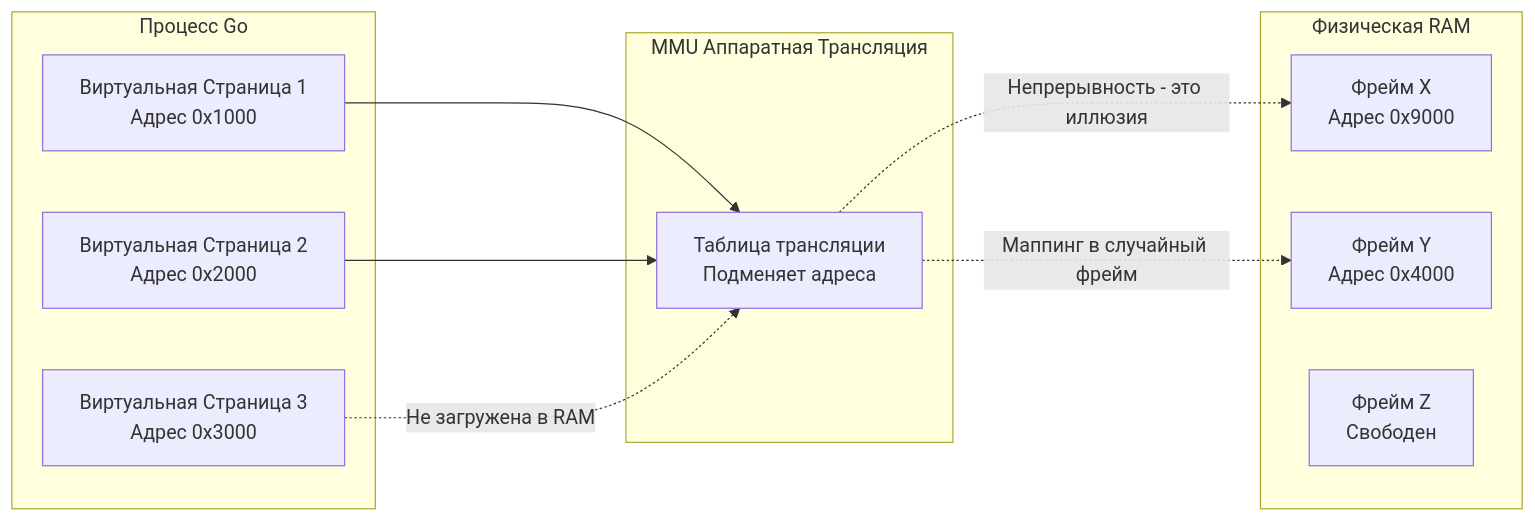
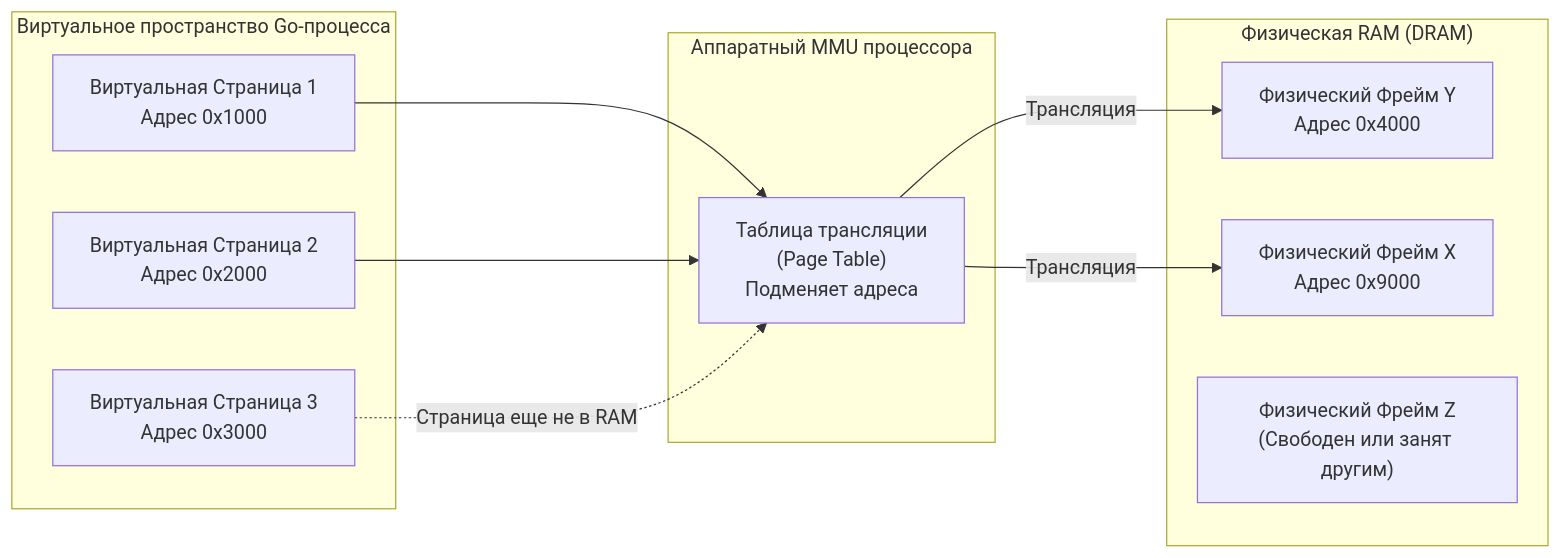
One commit to UnrealTemplier/go-textbook changed the diagram in sources/1. Архитектура компьютера/27. Виртуальная память. Взгляд со стороны железа.md. Above: the diagram before and after it, drawn with Mermaid. The commit also changed other lines of this file, not shown here.

Commit message:
feat(module-01): editorial rewrite of Article 27 (Virtual Memory Hardware Perspective) in Kernighan style

````diff
--- a/sources/1. Архитектура компьютера/27. Виртуальная память. Взгляд со стороны железа.md
+++ b/sources/1. Архитектура компьютера/27. Виртуальная память. Взгляд со стороны железа.md
@@ -40,22 +74,22 @@
 ```mermaid
 flowchart LR
-    subgraph GoProcess["Процесс Go"]
+    subgraph Process["Виртуальное пространство Go-процесса"]
         VP1["Виртуальная Страница 1<br>Адрес 0x1000"]
         VP2["Виртуальная Страница 2<br>Адрес 0x2000"]
         VP3["Виртуальная Страница 3<br>Адрес 0x3000"]
     end
 
-    subgraph Hardware["MMU Аппаратная Трансляция"]
-        Map["Таблица трансляции<br>Подменяет адреса"]
+    subgraph Hardware["Аппаратный MMU процессора"]
+        Map["Таблица трансляции<br>(Page Table)<br>Подменяет адреса"]
     end
 
-    subgraph PhysicalRAM["Физическая RAM"]
-        PF1["Фрейм X<br>Адрес 0x9000"]
-        PF2["Фрейм Y<br>Адрес 0x4000"]
-        PF3["Фрейм Z<br>Свободен"]
+    subgraph RAM["Физическая RAM (DRAM)"]
+        PF2["Физический Фрейм Y<br>Адрес 0x4000"]
+        PF1["Физический Фрейм X<br>Адрес 0x9000"]
+        PF3["Физический Фрейм Z<br>(Свободен или занят другим)"]
     end
 
-    VP1 --> Map -.->|Маппинг в случайный фрейм| PF2
-    VP2 --> Map -.->|Непрерывность - это иллюзия| PF1
-    VP3 -.->|Не загружена в RAM| Map
+    VP1 --> Map -->|Трансляция| PF2
+    VP2 --> Map -->|Трансляция| PF1
+    VP3 -.->|Страница еще не в RAM| Map
 ```
````
